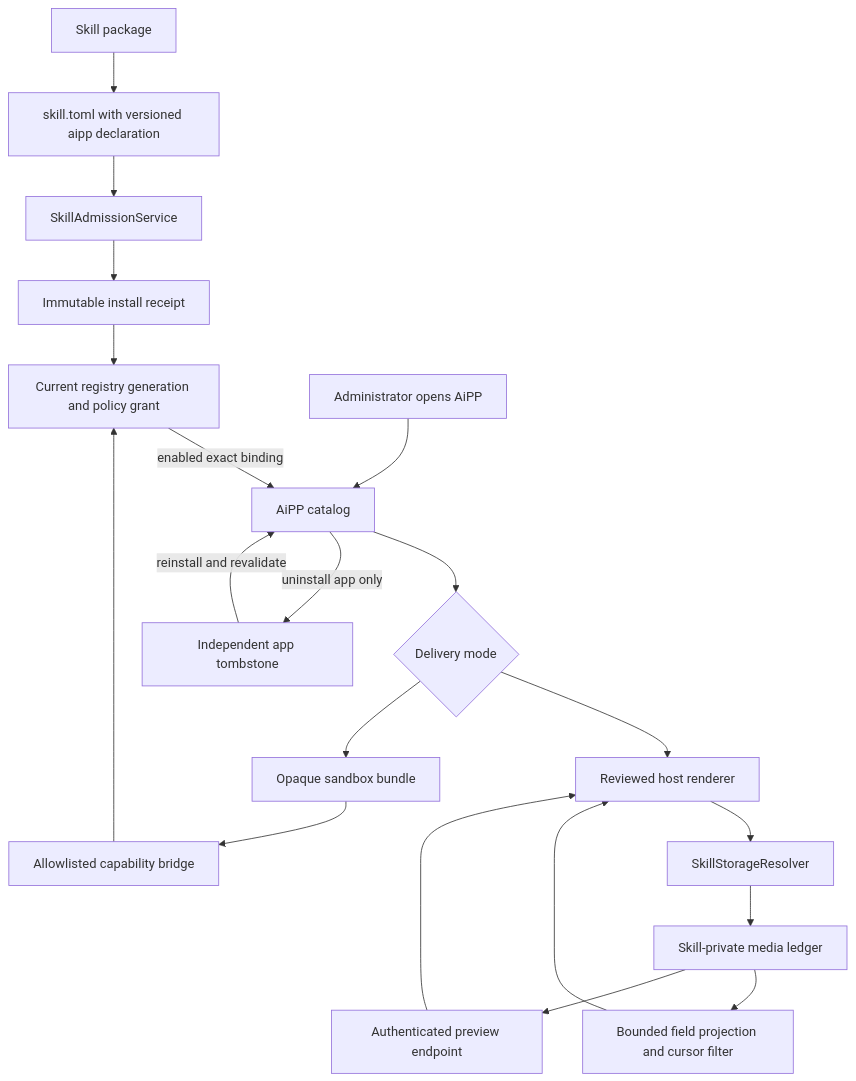
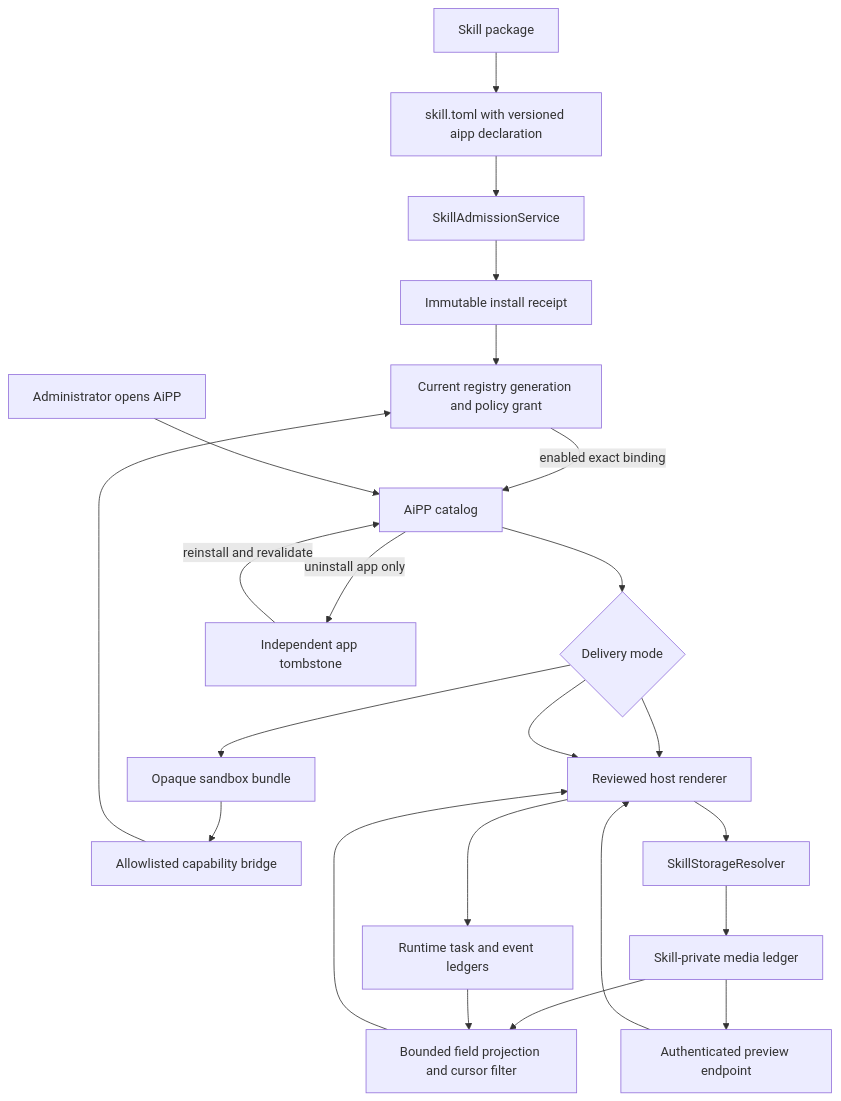
One commit to MatrixCoreX/RustClaw changed the diagram in docs/architecture/14-aipp-skill-companions.md. Above: the diagram before and after it, drawn with Mermaid. The commit also changed other lines of this file and 25 other files, not shown here.

````diff
--- a/docs/architecture/14-aipp-skill-companions.md
+++ b/docs/architecture/14-aipp-skill-companions.md
@@ -41,28 +45,30 @@
 ```mermaid
 flowchart TD
     P[Skill package]
     M[skill.toml with versioned aipp declaration]
     A[SkillAdmissionService]
     R[Immutable install receipt]
     G[Current registry generation and policy grant]
     C[AiPP catalog]
     U[Administrator opens AiPP]
     H{Delivery mode}
     HR[Reviewed host renderer]
     SB[Opaque sandbox bundle]
     CB[Allowlisted capability bridge]
     S[SkillStorageResolver]
     D[Skill-private media ledger]
+    TL[Runtime task and event ledgers]
     F[Bounded field projection and cursor filter]
     V[Authenticated preview endpoint]
     T[Independent app tombstone]
 
     P --> M --> A --> R --> G
     G -->|enabled exact binding| C
     U --> C --> H
     H --> HR --> S --> D --> F --> HR
+    H --> HR --> TL --> F
     D --> V --> HR
     H --> SB --> CB --> G
     C -->|uninstall app only| T
     T -->|reinstall and revalidate| C
 ```
````
